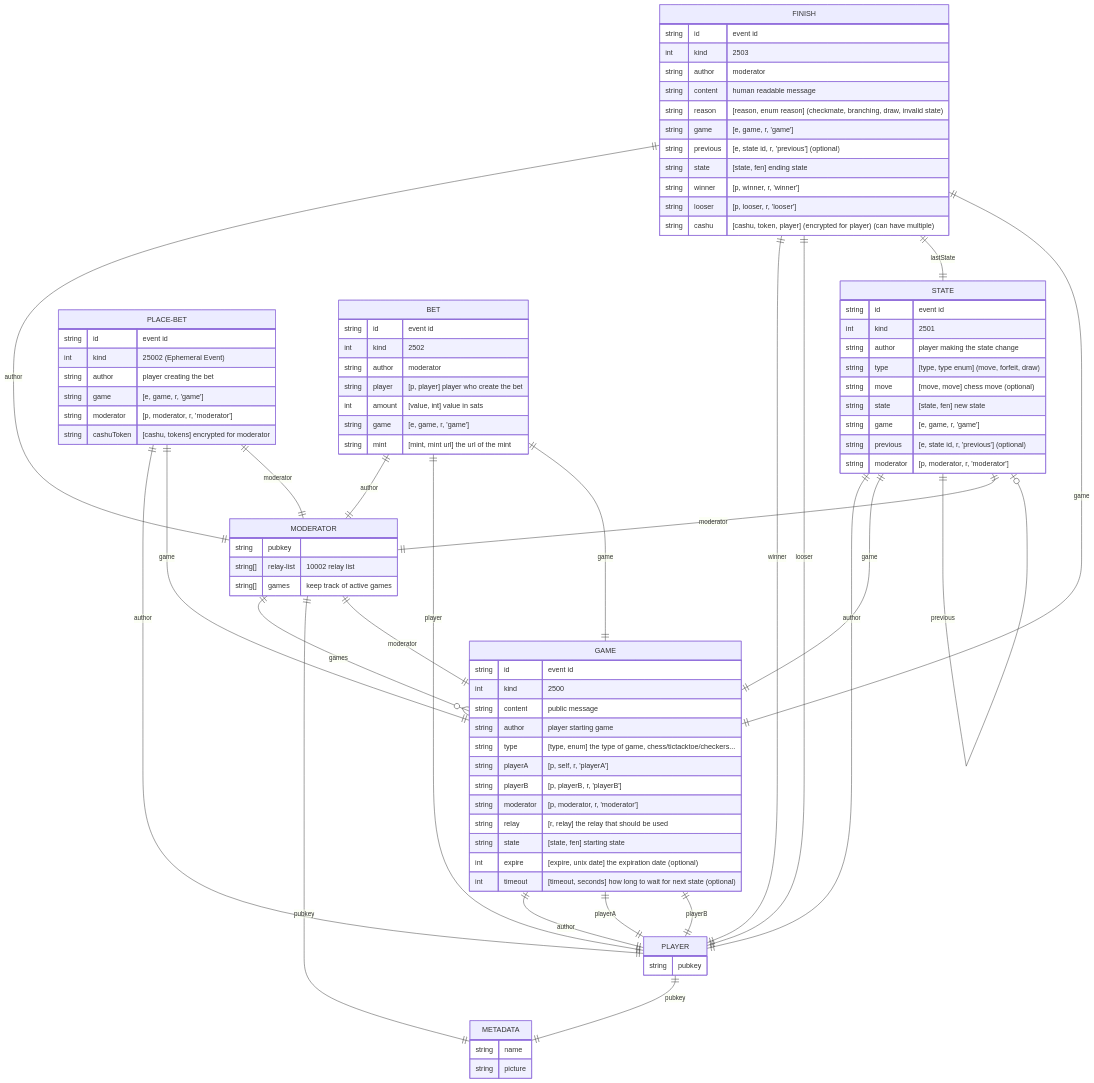
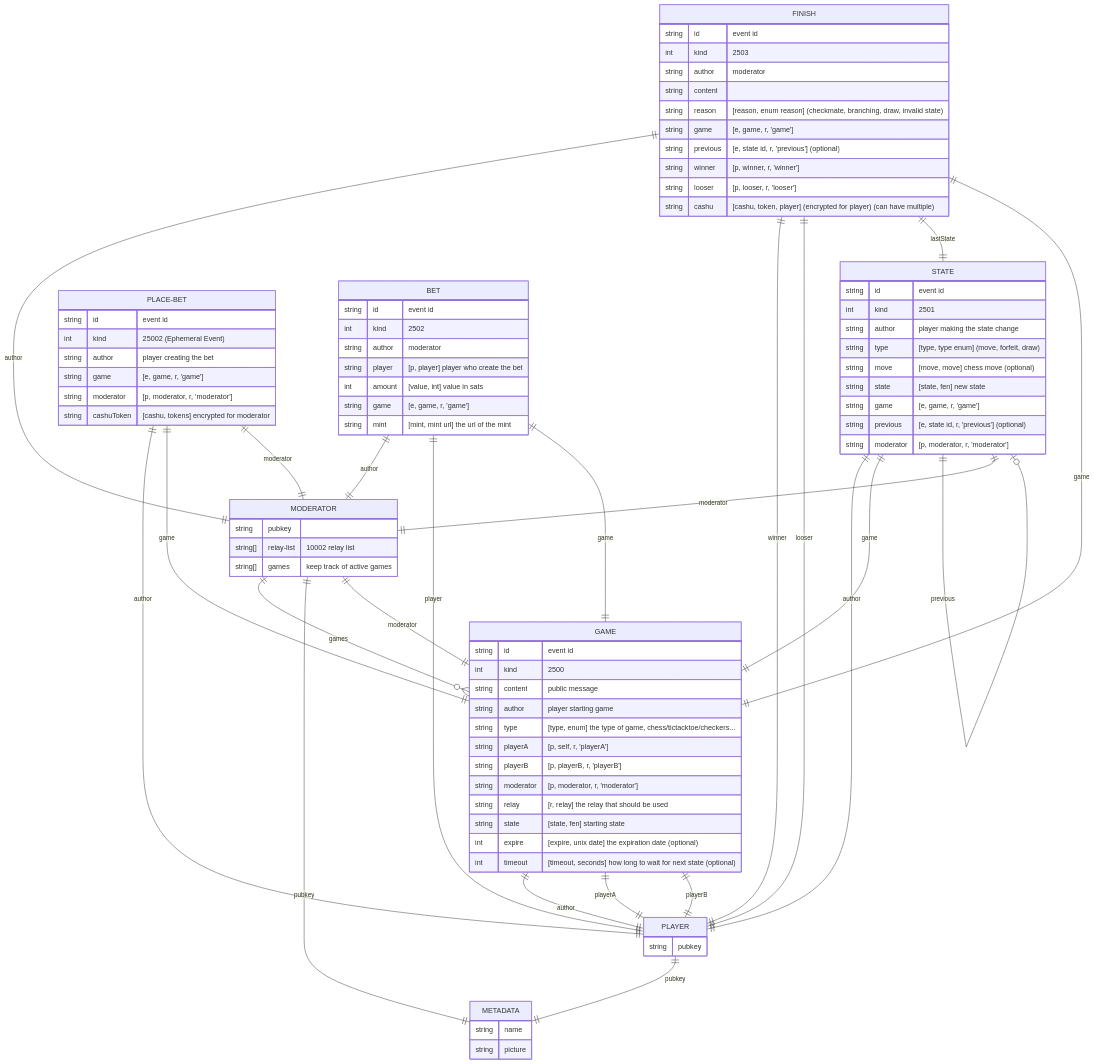
The first of 2 diagrams in README.md (hzrd149/chessnut), drawn with Mermaid before and after one commit. The commit also changed 30 other files, not shown here.

```diff
--- a/README.md
+++ b/README.md
@@ -89,11 +89,10 @@
         string id "event id"
         int kind "2503"
         string author "moderator"
-        string content "human readable message"
+        string content ""
         string reason "[reason, enum reason] (checkmate, branching, draw, invalid state)"
         string game "[e, game, r, 'game']"
         string previous "[e, state id, r, 'previous'] (optional)"
-        string state "[state, fen] ending state"
         string winner "[p, winner, r, 'winner']"
         string looser "[p, looser, r, 'looser']"
         string cashu "[cashu, token, player] (encrypted for player) (can have multiple)"
```
